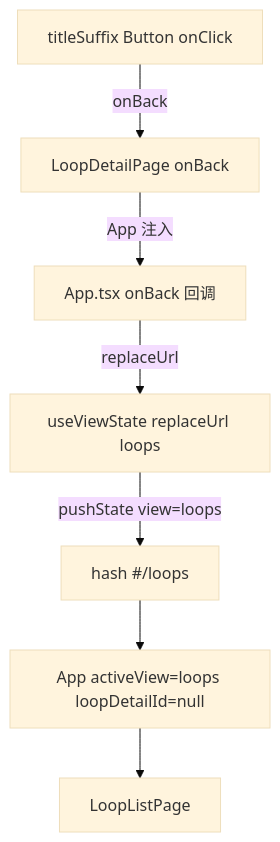
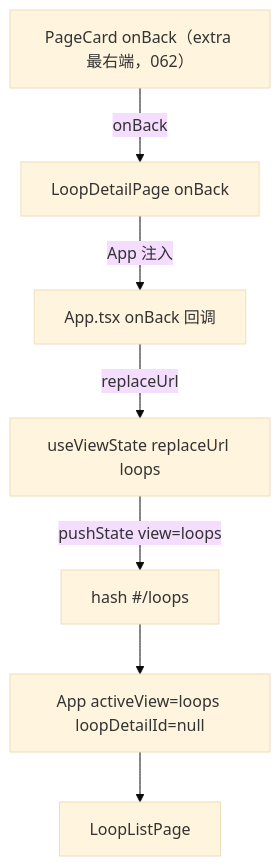
The second of 4 diagrams in frontend/src/help/pages/loop-detail-back.md (weibaohui/ntd), drawn with Mermaid (base theme) before and after one commit. The commit also changed other lines of this file and 12 other files, not shown here.

````diff
--- a/frontend/src/help/pages/loop-detail-back.md
+++ b/frontend/src/help/pages/loop-detail-back.md
@@ -22,9 +22,9 @@
 ```mermaid
 flowchart TD
-  TS["titleSuffix Button onClick"] -->|"onBack"| LDP["LoopDetailPage onBack"]
+  TS["PageCard onBack（extra 最右端，062）"] -->|"onBack"| LDP["LoopDetailPage onBack"]
   LDP -->|"App 注入"| APP["App.tsx onBack 回调"]
   APP -->|"replaceUrl"| UVS["useViewState replaceUrl loops"]
   UVS -->|"pushState view=loops"| HASH["hash #/loops"]
   HASH --> APP2["App activeView=loops loopDetailId=null"]
   APP2 --> LLP["LoopListPage"]
 ```
````
